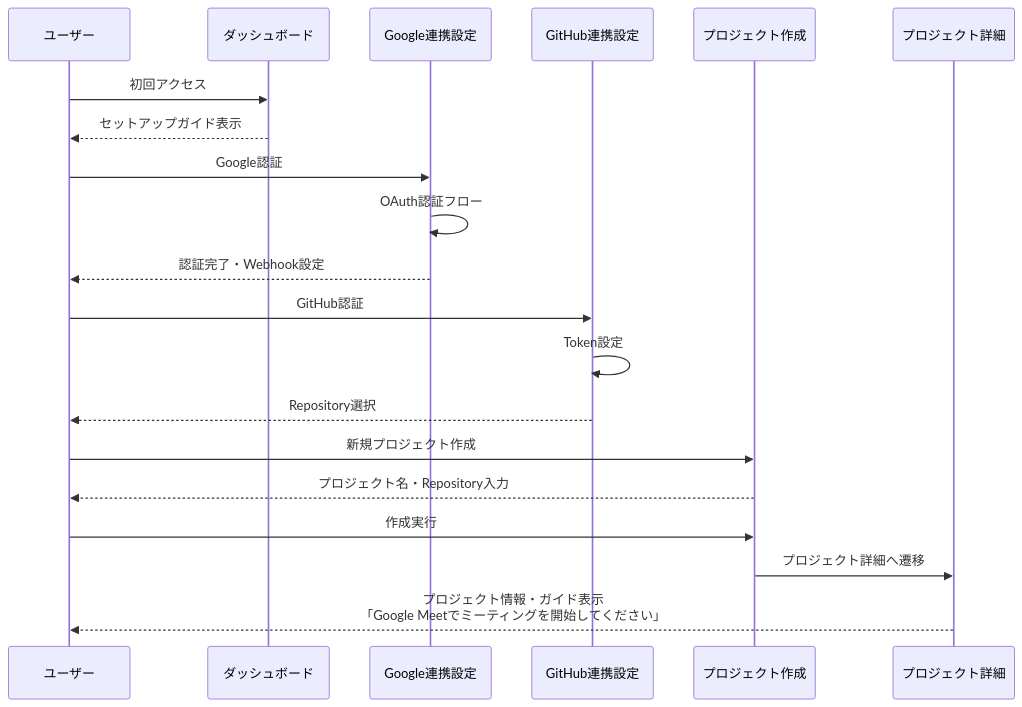
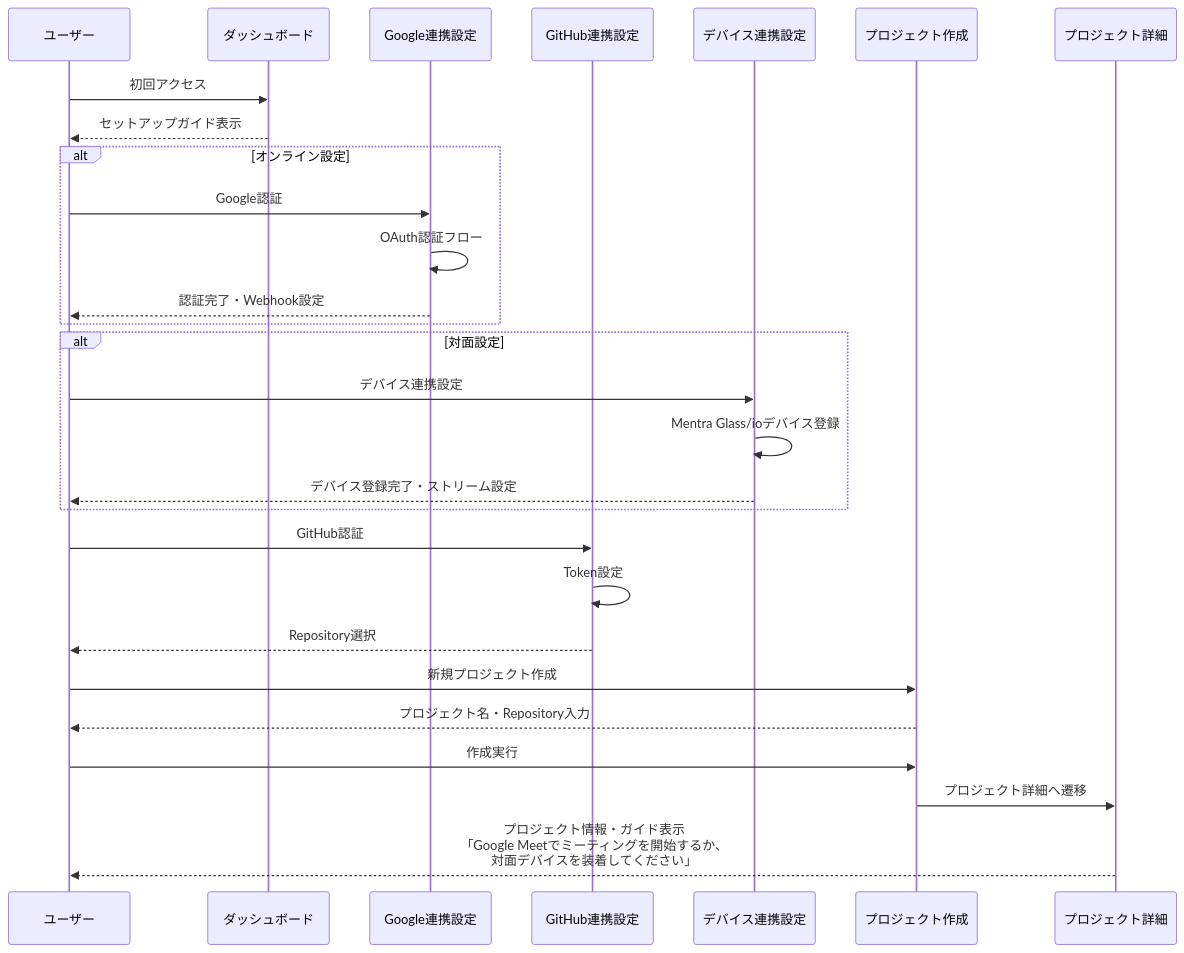
Before and after one commit to supertask/MentraAgent: the tenth of 11 diagrams in docs/RealworldAgent_Diagrams.md, drawn with Mermaid. The commit also changed other lines of this file and 14 other files, not shown here.

````diff
--- a/docs/RealworldAgent_Diagrams.md
+++ b/docs/RealworldAgent_Diagrams.md
@@ -985,27 +1245,36 @@
 ```mermaid
 sequenceDiagram
     participant User as ユーザー
     participant Dashboard as ダッシュボード
     participant GoogleAuth as Google連携設定
     participant GitHubAuth as GitHub連携設定
+    participant DeviceAuth as デバイス連携設定
     participant ProjectCreate as プロジェクト作成
     participant ProjectDetail as プロジェクト詳細
     
     User->>Dashboard: 初回アクセス
     Dashboard-->>User: セットアップガイド表示
     
-    User->>GoogleAuth: Google認証
-    GoogleAuth->>GoogleAuth: OAuth認証フロー
-    GoogleAuth-->>User: 認証完了・Webhook設定
+    alt オンライン設定
+        User->>GoogleAuth: Google認証
+        GoogleAuth->>GoogleAuth: OAuth認証フロー
+        GoogleAuth-->>User: 認証完了・Webhook設定
+    end
+    
+    alt 対面設定
+        User->>DeviceAuth: デバイス連携設定
+        DeviceAuth->>DeviceAuth: Mentra Glass/ioデバイス登録
+        DeviceAuth-->>User: デバイス登録完了・ストリーム設定
+    end
     
     User->>GitHubAuth: GitHub認証
     GitHubAuth->>GitHubAuth: Token設定
     GitHubAuth-->>User: Repository選択
     
     User->>ProjectCreate: 新規プロジェクト作成
     ProjectCreate-->>User: プロジェクト名・Repository入力
     User->>ProjectCreate: 作成実行
     ProjectCreate->>ProjectDetail: プロジェクト詳細へ遷移
     
-    ProjectDetail-->>User: プロジェクト情報・ガイド表示<br/>「Google Meetでミーティングを開始してください」
+    ProjectDetail-->>User: プロジェクト情報・ガイド表示<br/>「Google Meetでミーティングを開始するか、<br/>対面デバイスを装着してください」
 ```
````
